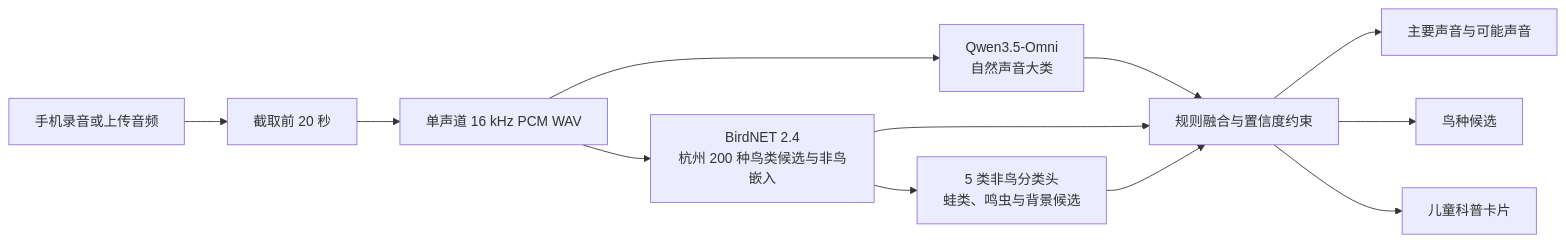
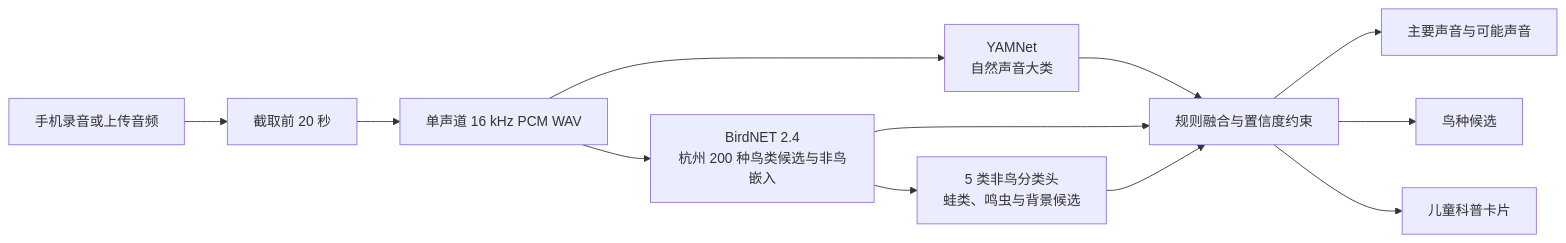
The diagram in README.md (gqy20/nature-sound-detective), drawn with Mermaid before and after one commit. The commit also changed other lines of this file and 120 other files, not shown here.

````diff
--- a/README.md
+++ b/README.md
@@ -26,14 +29,14 @@
 ```mermaid
 flowchart LR
     A[手机录音或上传音频] --> B[截取前 20 秒]
     B --> C[单声道 16 kHz PCM WAV]
-    C --> D[Qwen3.5-Omni<br/>自然声音大类]
+    C --> D[YAMNet<br/>自然声音大类]
     C --> E[BirdNET 2.4<br/>杭州 200 种鸟类候选与非鸟嵌入]
     E --> J[5 类非鸟分类头<br/>蛙类、鸣虫与背景候选]
     D --> F[规则融合与置信度约束]
     E --> F
     J --> F
     F --> G[主要声音与可能声音]
     F --> H[鸟种候选]
     F --> I[儿童科普卡片]
 ```
````
